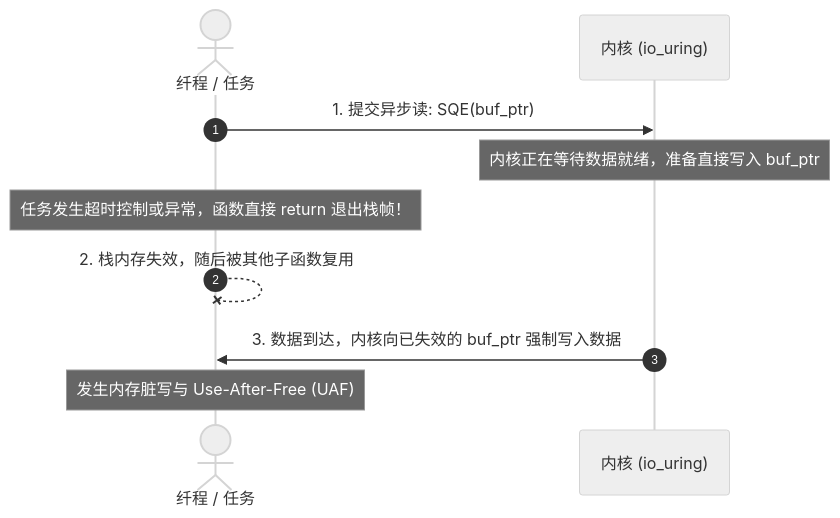
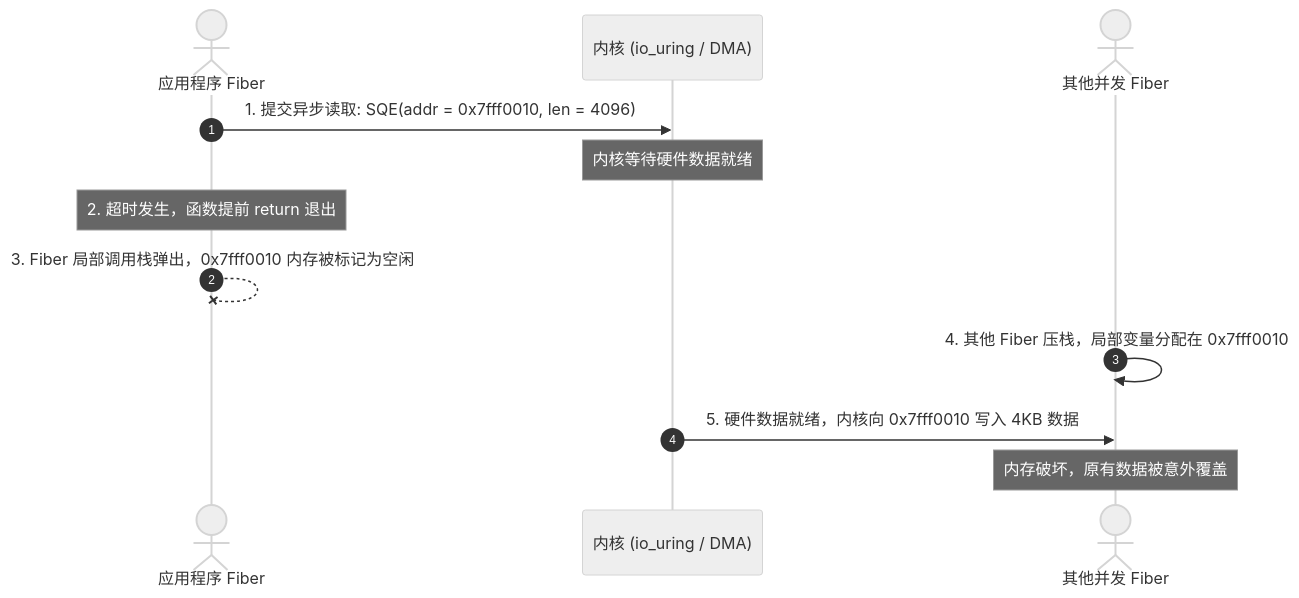
One commit to jiacai2050/x changed the first of 2 diagrams in zig-io/src/concepts/buffer-ownership-and-cancellation.md. Above: the diagram before and after it, drawn with Mermaid (neutral theme). The commit also changed other lines of this file and 28 other files, not shown here.

````diff
--- a/zig-io/src/concepts/buffer-ownership-and-cancellation.md
+++ b/zig-io/src/concepts/buffer-ownership-and-cancellation.md
@@ -17,13 +16,15 @@
 ```mermaid
 sequenceDiagram
     autonumber
-    actor Fiber as 纤程 / 任务
-    participant Kernel as 内核 (io_uring)
+    actor Fiber as 应用程序 Fiber
+    participant Kernel as 内核 (io_uring / DMA)
+    actor Other as 其他并发 Fiber
 
-    Fiber->>Kernel: 1. 提交异步读: SQE(buf_ptr)
-    Note over Kernel: 内核正在等待数据就绪，准备直接写入 buf_ptr
-    Note over Fiber: 任务发生超时控制或异常，函数直接 return 退出栈帧！
-    Fiber--x Fiber: 2. 栈内存失效，随后被其他子函数复用
-    Kernel->>Fiber: 3. 数据到达，内核向已失效的 buf_ptr 强制写入数据
-    Note over Fiber: 发生内存脏写与 Use-After-Free (UAF)
+    Fiber->>Kernel: 1. 提交异步读取: SQE(addr = 0x7fff0010, len = 4096)
+    Note over Kernel: 内核等待硬件数据就绪
+    Note over Fiber: 2. 超时发生，函数提前 return 退出
+    Fiber--x Fiber: 3. Fiber 局部调用栈弹出，0x7fff0010 内存被标记为空闲
+    Other->>Other: 4. 其他 Fiber 压栈，局部变量分配在 0x7fff0010
+    Kernel->>Other: 5. 硬件数据就绪，内核向 0x7fff0010 写入 4KB 数据
+    Note over Other: 内存破坏，原有数据被意外覆盖
 ```
````
